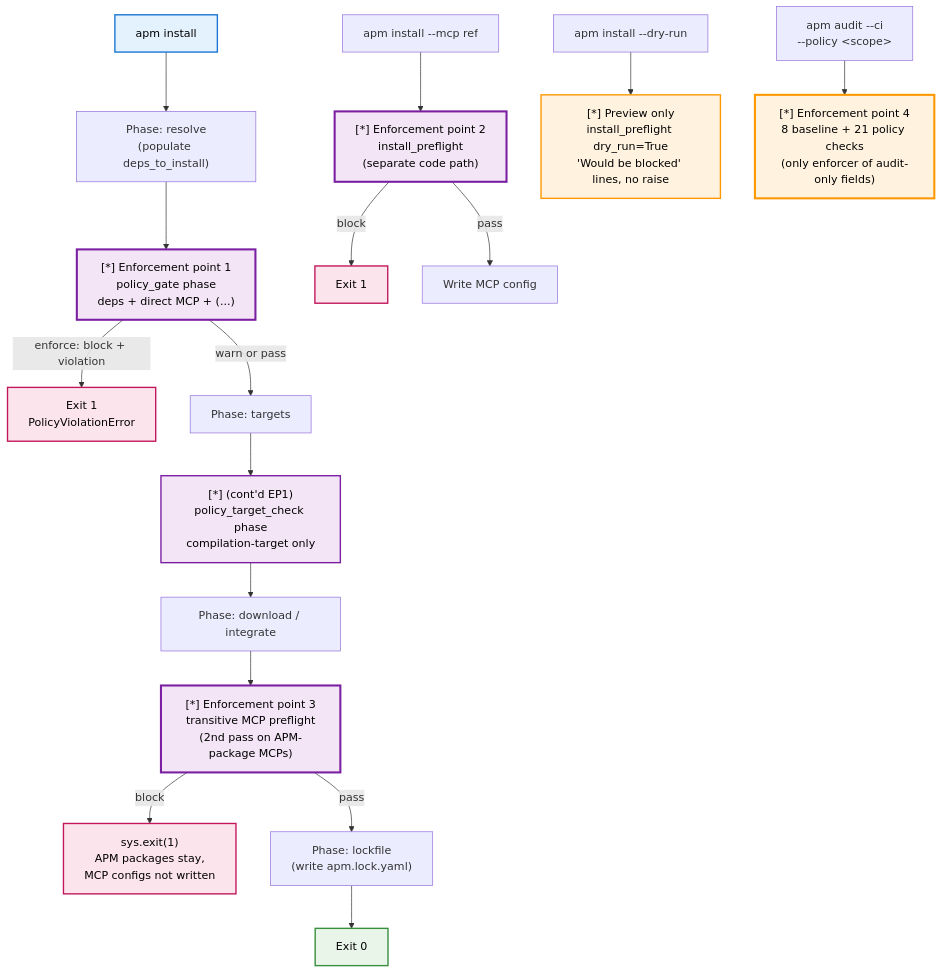
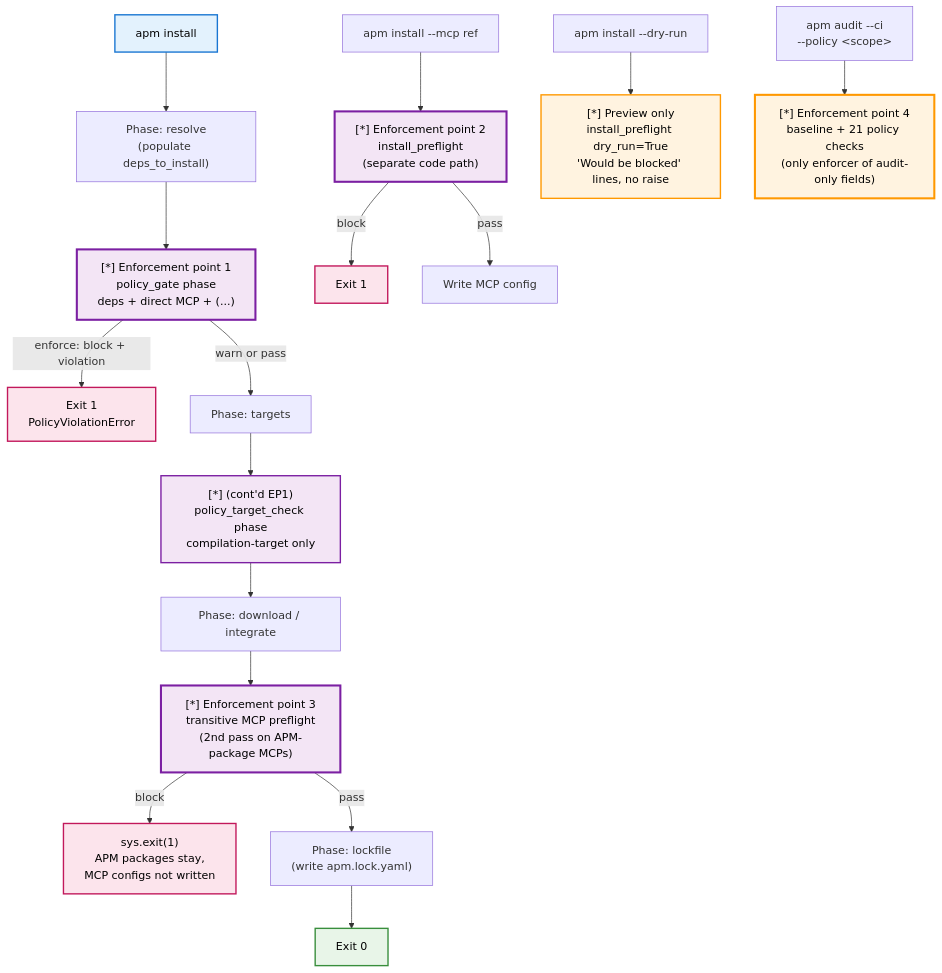
Before and after one commit to microsoft/apm: the first of 4 diagrams in docs/src/content/docs/enterprise/governance-guide.md, drawn with Mermaid. The commit also changed other lines of this file and 5 other files, not shown here.

````diff
--- a/docs/src/content/docs/enterprise/governance-guide.md
+++ b/docs/src/content/docs/enterprise/governance-guide.md
@@ -120,33 +120,33 @@
 ```mermaid
 graph TD
     Start["apm install"] --> Resolve["Phase: resolve<br/>(populate deps_to_install)"]
     Resolve --> Gate["[*] Enforcement point 1<br/>policy_gate phase<br/>deps + direct MCP + (...)"]
     Gate -->|enforce: block + violation| Fail1["Exit 1<br/>PolicyViolationError"]
     Gate -->|warn or pass| Targets["Phase: targets"]
     Targets --> TargetCheck["[*] (cont'd EP1)<br/>policy_target_check phase<br/>compilation-target only"]
     TargetCheck --> Download["Phase: download / integrate"]
     Download --> TransMCP["[*] Enforcement point 3<br/>transitive MCP preflight<br/>(2nd pass on APM-package MCPs)"]
     TransMCP -->|block| Fail2["sys.exit(1)<br/>APM packages stay,<br/>MCP configs not written"]
     TransMCP -->|pass| Lockfile["Phase: lockfile<br/>(write apm.lock.yaml)"]
     Lockfile --> Done["Exit 0"]
 
     MCPBranch["apm install --mcp ref"] --> MCPPre["[*] Enforcement point 2<br/>install_preflight<br/>(separate code path)"]
     MCPPre -->|block| Fail3["Exit 1"]
     MCPPre -->|pass| MCPWrite["Write MCP config"]
 
     DryRun["apm install --dry-run"] --> DryPre["[*] Preview only<br/>install_preflight dry_run=True<br/>'Would be blocked' lines, no raise"]
 
-    Audit["apm audit --ci<br/>--policy &lt;scope&gt;"] --> AuditRun["[*] Enforcement point 4<br/>8 baseline + 21 policy checks<br/>(only enforcer of audit-only fields)"]
+    Audit["apm audit --ci<br/>--policy &lt;scope&gt;"] --> AuditRun["[*] Enforcement point 4<br/>baseline + 21 policy checks<br/>(only enforcer of audit-only fields)"]
 
     style Start fill:#e3f2fd,stroke:#1976d2,stroke-width:2px,color:#000
     style Gate fill:#f3e5f5,stroke:#7b1fa2,stroke-width:3px,color:#000
     style TargetCheck fill:#f3e5f5,stroke:#7b1fa2,stroke-width:2px,color:#000
     style TransMCP fill:#f3e5f5,stroke:#7b1fa2,stroke-width:3px,color:#000
     style MCPPre fill:#f3e5f5,stroke:#7b1fa2,stroke-width:3px,color:#000
     style AuditRun fill:#fff3e0,stroke:#ff9800,stroke-width:3px,color:#000
     style Fail1 fill:#fce4ec,stroke:#c2185b,stroke-width:2px,color:#000
     style Fail2 fill:#fce4ec,stroke:#c2185b,stroke-width:2px,color:#000
     style Fail3 fill:#fce4ec,stroke:#c2185b,stroke-width:2px,color:#000
     style Done fill:#e8f5e8,stroke:#388e3c,stroke-width:2px,color:#000
     style DryPre fill:#fff3e0,stroke:#ff9800,stroke-width:2px,color:#000
 ```
````
